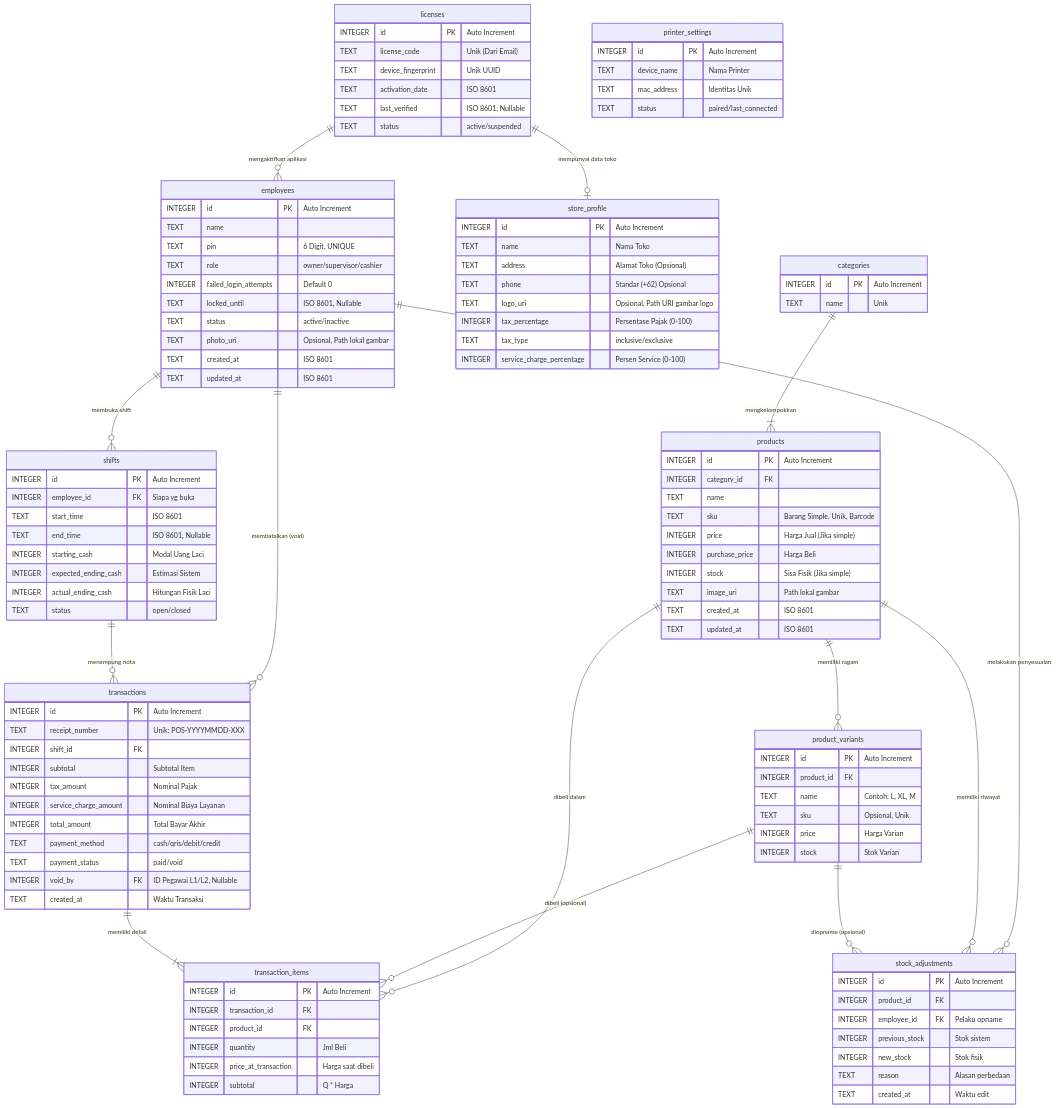
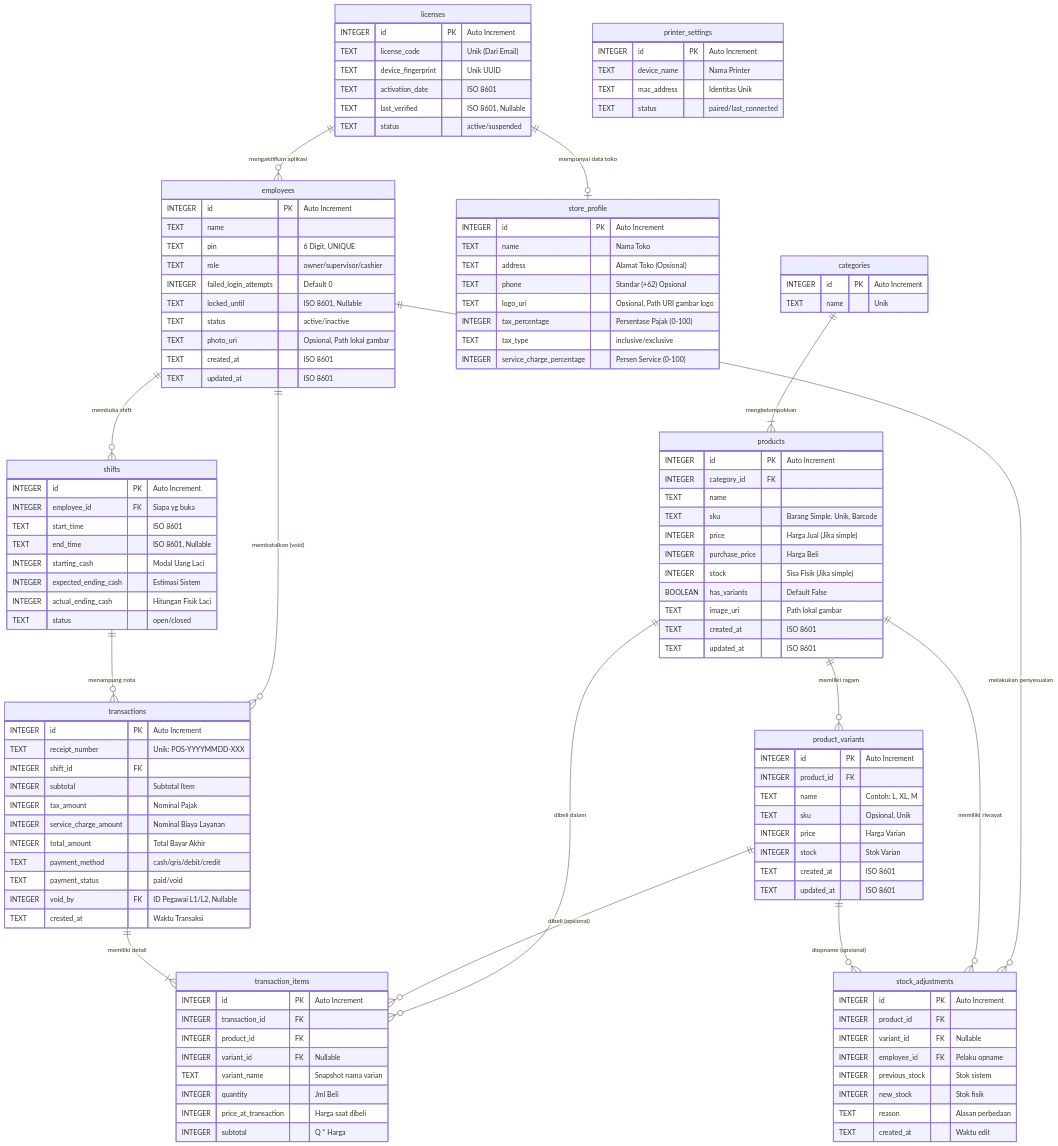
One commit to wahyukurniaaaa/pos-saas changed the diagram in erd_posify.md. Above: the diagram before and after it, drawn with Mermaid. The commit also changed 18 other files, not shown here.

Commit message:
feat: fix stock opname variant bug, add keyboard qty input in cart, and update ERD

```diff
--- a/erd_posify.md
+++ b/erd_posify.md
@@ -74,6 +74,7 @@
         INTEGER price "Harga Jual (Jika simple)"
         INTEGER purchase_price "Harga Beli"
         INTEGER stock "Sisa Fisik (Jika simple)"
+        BOOLEAN has_variants "Default False"
         TEXT image_uri "Path lokal gambar"
         TEXT created_at "ISO 8601"
         TEXT updated_at "ISO 8601"
@@ -86,6 +87,8 @@
         TEXT sku "Opsional, Unik"
         INTEGER price "Harga Varian"
         INTEGER stock "Stok Varian"
+        TEXT created_at "ISO 8601"
+        TEXT updated_at "ISO 8601"
     }
 
     shifts {
@@ -117,6 +120,8 @@
         INTEGER id PK "Auto Increment"
         INTEGER transaction_id FK 
         INTEGER product_id FK 
+        INTEGER variant_id FK "Nullable"
+        TEXT variant_name "Snapshot nama varian"
         INTEGER quantity "Jml Beli"
         INTEGER price_at_transaction "Harga saat dibeli"
         INTEGER subtotal "Q * Harga"
@@ -125,6 +130,7 @@
     stock_adjustments {
         INTEGER id PK "Auto Increment"
         INTEGER product_id FK
+        INTEGER variant_id FK "Nullable"
         INTEGER employee_id FK "Pelaku opname"
         INTEGER previous_stock "Stok sistem"
         INTEGER new_stock "Stok fisik"
```
